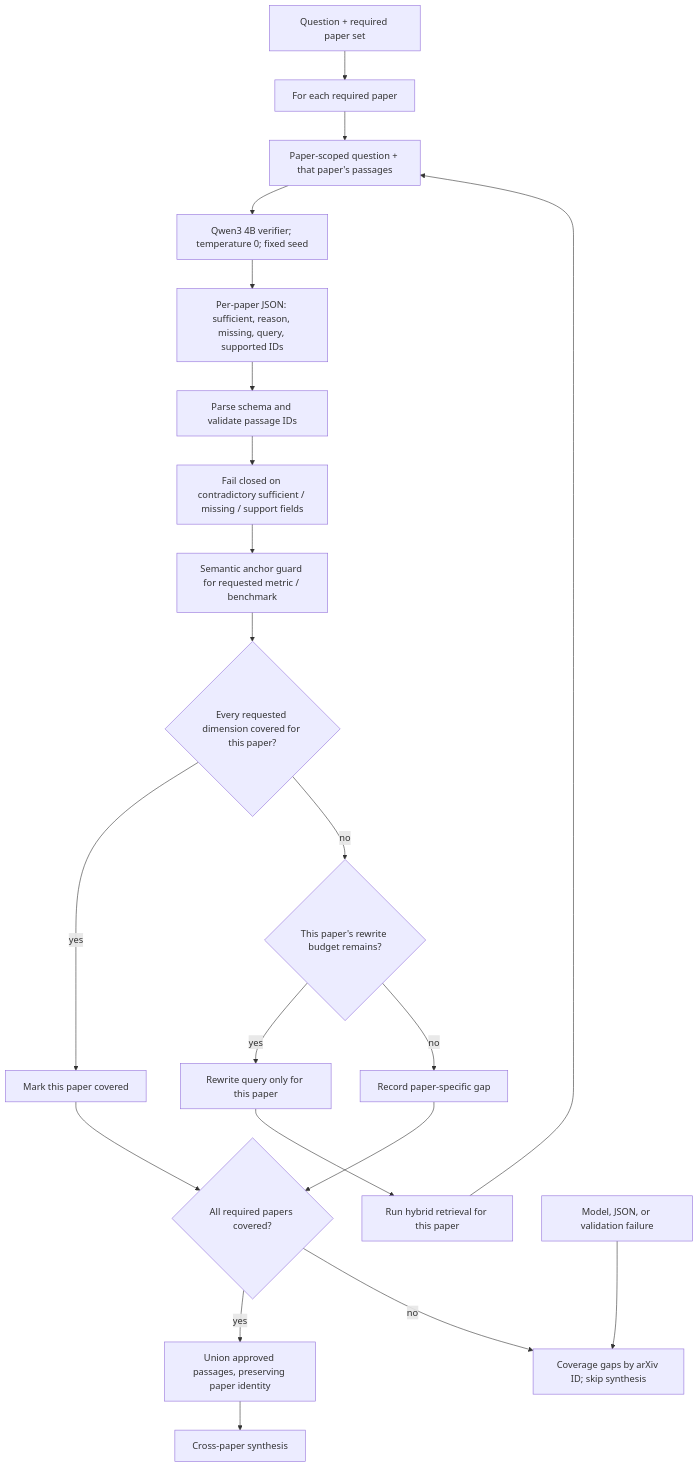
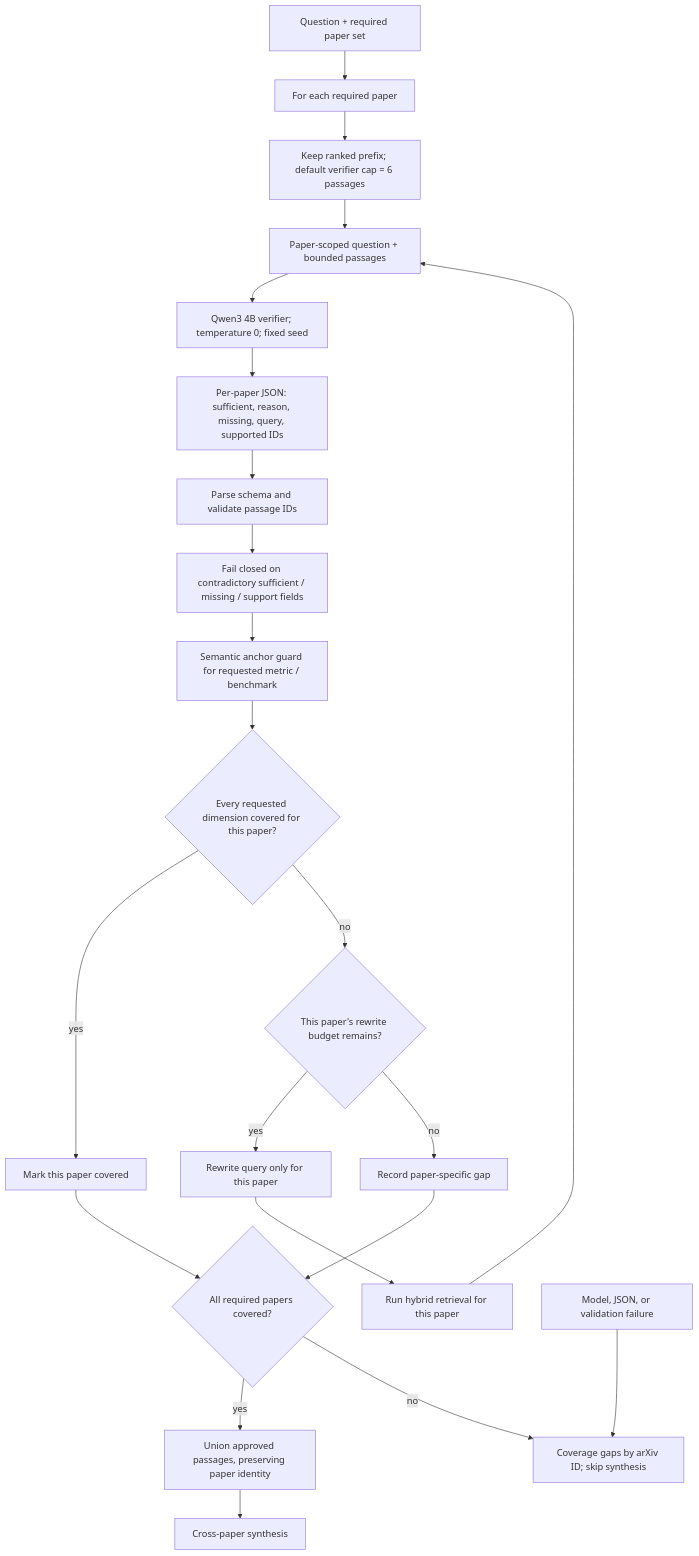
One commit to TQC0103/scientific-research-agent changed the seventh of 11 diagrams in docs/SYSTEM_VISUALIZATION.md. Above: the diagram before and after it, drawn with Mermaid. The commit also changed other lines of this file and 10 other files, not shown here.

````diff
--- a/docs/SYSTEM_VISUALIZATION.md
+++ b/docs/SYSTEM_VISUALIZATION.md
@@ -174,26 +174,27 @@
 ```mermaid
 flowchart TD
     INPUT["Question + required paper set"] --> LOOP["For each required paper"]
-    LOOP --> SCOPE["Paper-scoped question + that paper's passages"]
+    LOOP --> CAP["Keep ranked prefix; default verifier cap = 6 passages"]
+    CAP --> SCOPE["Paper-scoped question + bounded passages"]
     SCOPE --> QWEN["Qwen3 4B verifier; temperature 0; fixed seed"]
     QWEN --> JSON["Per-paper JSON: sufficient, reason, missing, query, supported IDs"]
     JSON --> VALIDATE["Parse schema and validate passage IDs"]
     VALIDATE --> CONSISTENCY["Fail closed on contradictory sufficient / missing / support fields"]
     CONSISTENCY --> ANCHOR["Semantic anchor guard for requested metric / benchmark"]
     ANCHOR --> DIMENSIONS{"Every requested dimension covered for this paper?"}
 
     DIMENSIONS -->|"yes"| PAPER_OK["Mark this paper covered"]
     DIMENSIONS -->|"no"| RETRIES{"This paper's rewrite budget remains?"}
     RETRIES -->|"yes"| REWRITE["Rewrite query only for this paper"]
     REWRITE --> RETRIEVAL["Run hybrid retrieval for this paper"]
     RETRIEVAL --> SCOPE
     RETRIES -->|"no"| PAPER_GAP["Record paper-specific gap"]
 
     PAPER_OK --> AGGREGATE{"All required papers covered?"}
     PAPER_GAP --> AGGREGATE
     AGGREGATE -->|"yes"| FILTER["Union approved passages, preserving paper identity"]
     FILTER --> SYNTHESIS["Cross-paper synthesis"]
     AGGREGATE -->|"no"| STOP["Coverage gaps by arXiv ID; skip synthesis"]
 
     ERROR["Model, JSON, or validation failure"] --> STOP
 ```
````
